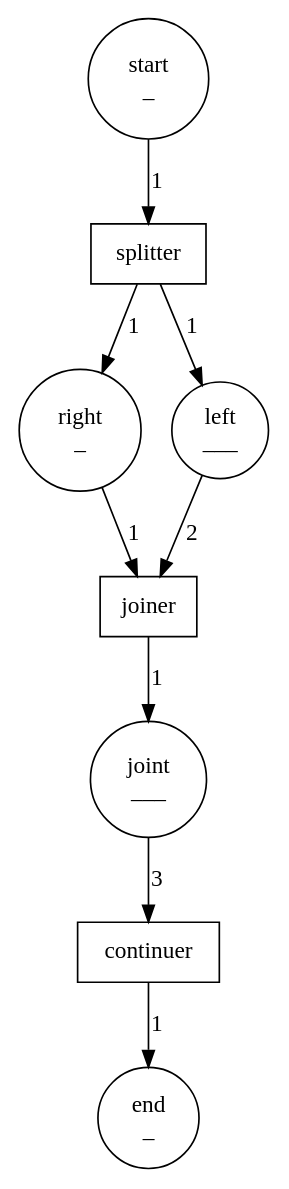
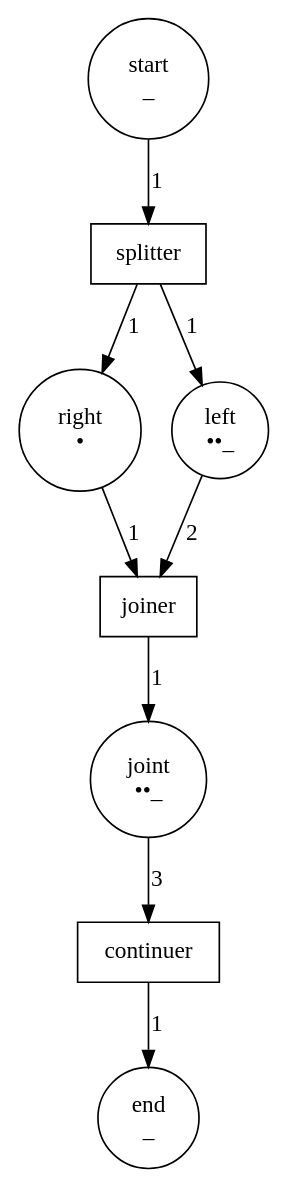
The diagram in petrinet2.dot (iandebeer/castanet), drawn with Graphviz before and after one commit. The commit also changed 14 other files, not shown here.

```diff
--- a/petrinet2.dot
+++ b/petrinet2.dot
@@ -1,19 +1,19 @@
 digraph G {
-0 [label="right\n_\n" shape=circle]
-1 [label="left\n___\n" shape=circle]
+0 [label="right\n•\n" shape=circle]
+1 [label="left\n••_\n" shape=circle]
 2 [label="end\n_\n" shape=circle]
 3 [label="continuer" shape=box]
 4 [label="joiner" shape=box]
 5 [label="start\n_\n" shape=circle]
 6 [label="splitter" shape=box]
-7 [label="joint\n___\n" shape=circle]
+7 [label="joint\n••_\n" shape=circle]
 
 0 -> 4 [label="1" ] 
 1 -> 4 [label="2" ] 
 3 -> 2 [label="1" ] 
 4 -> 7 [label="1" ] 
 5 -> 6 [label="1" ] 
 6 -> 1 [label="1" ] 
 6 -> 0 [label="1" ] 
 7 -> 3 [label="3" ] 
 }
```
